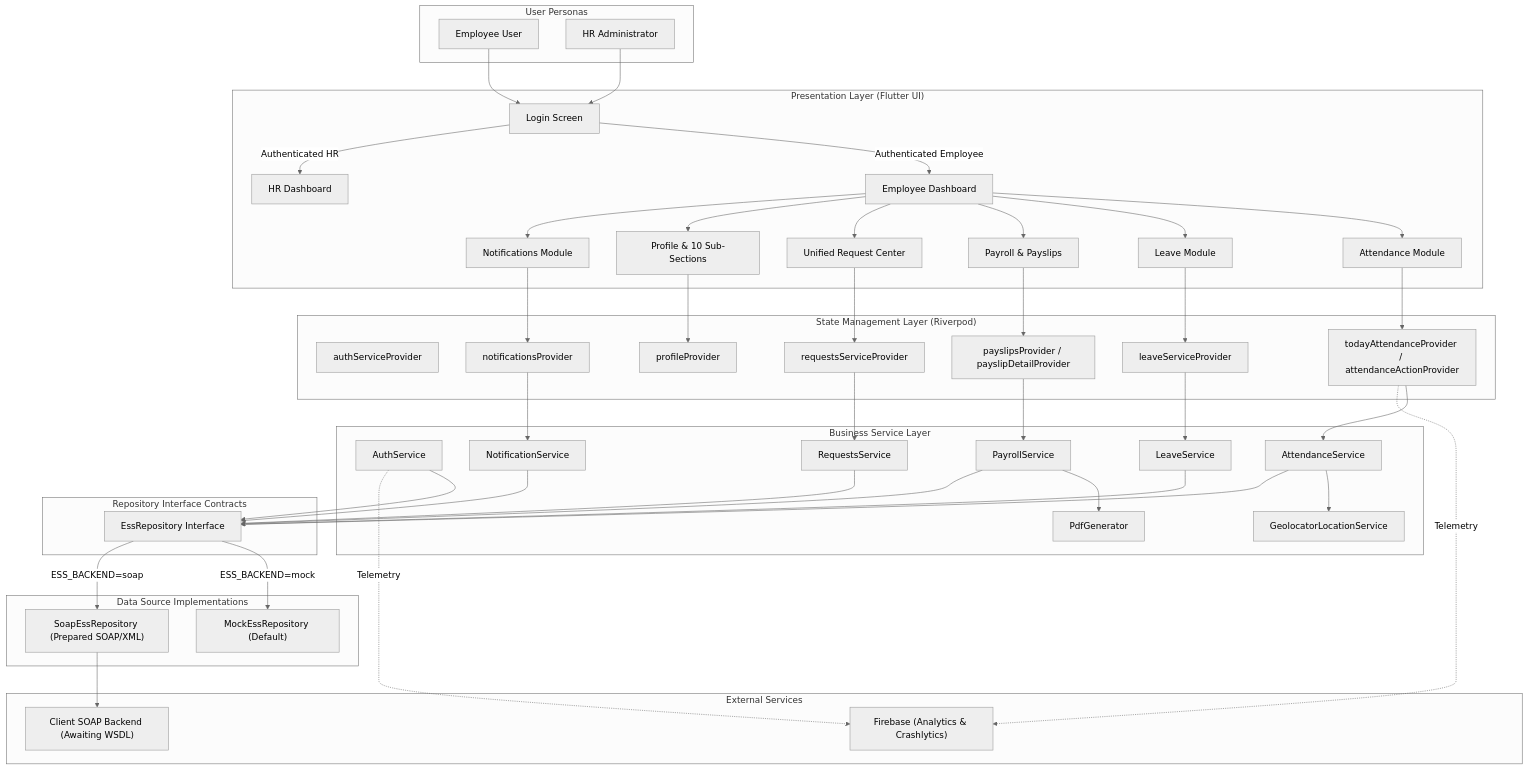
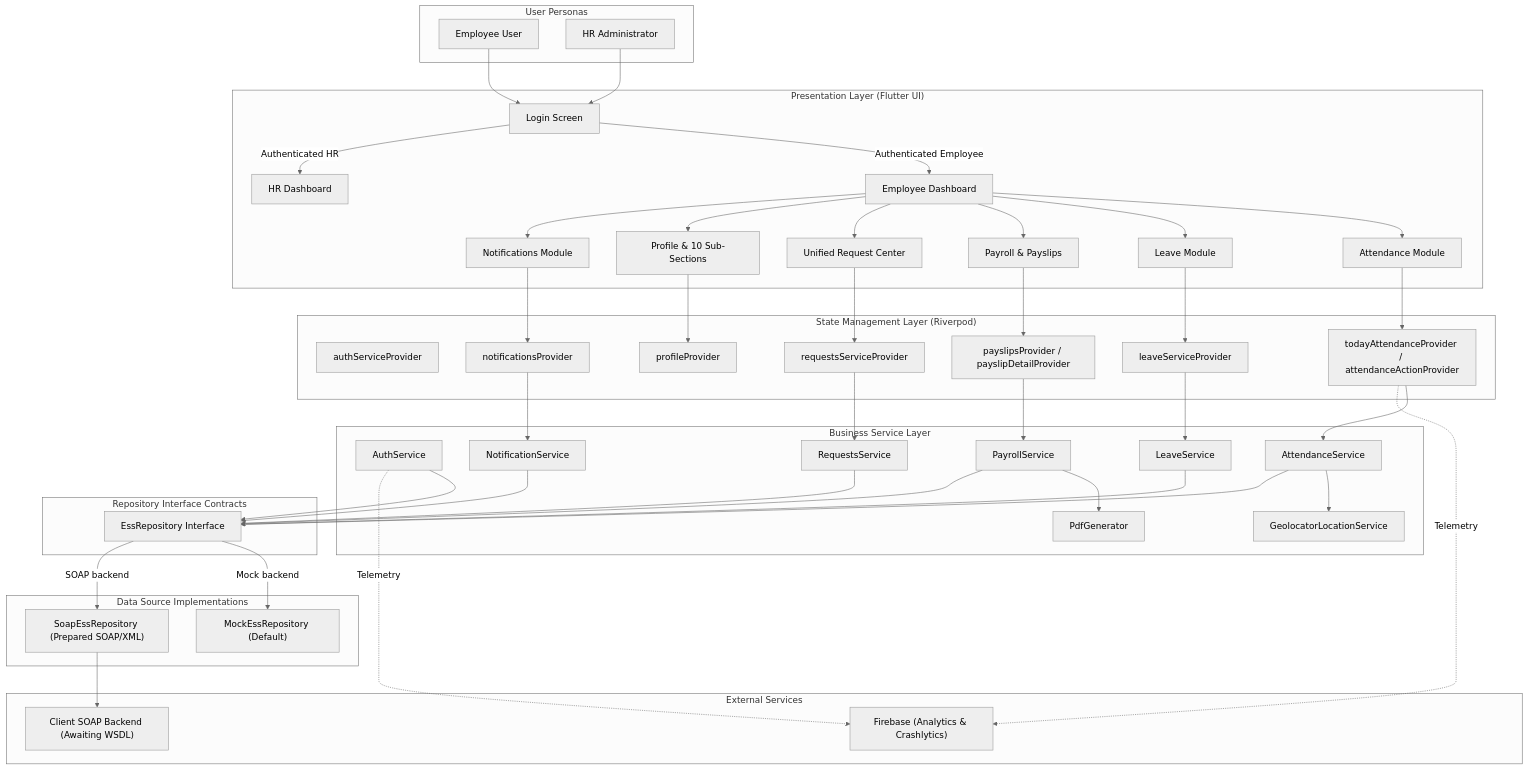
One commit to Aravindan-001/icore-ess changed the second of 15 diagrams in ARCHITECTURE.md. Above: the diagram before and after it, drawn with Mermaid (neutral theme). The commit also changed other lines of this file, not shown here.

Commit message:
docs: fix Mermaid architecture rendering

```diff
--- a/ARCHITECTURE.md
+++ b/ARCHITECTURE.md
@@ -135,8 +135,8 @@
     REQ_SVC --> ESS_REPO
     NOTIF_SVC --> ESS_REPO
 
-    ESS_REPO -->|ESS_BACKEND=mock| MOCK_REPO
-    ESS_REPO -->|ESS_BACKEND=soap| SOAP_REPO
+    ESS_REPO -->|Mock backend| MOCK_REPO
+    ESS_REPO -->|SOAP backend| SOAP_REPO
 
     SOAP_REPO --> SOAP_BACKEND
     AUTH_SVC -.->|Telemetry| FIREBASE
```
